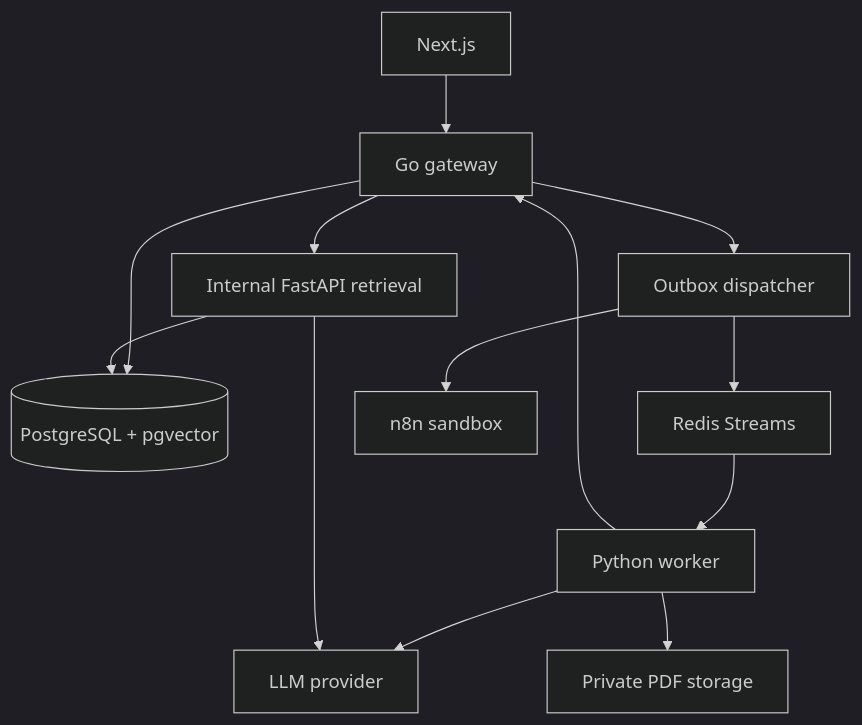
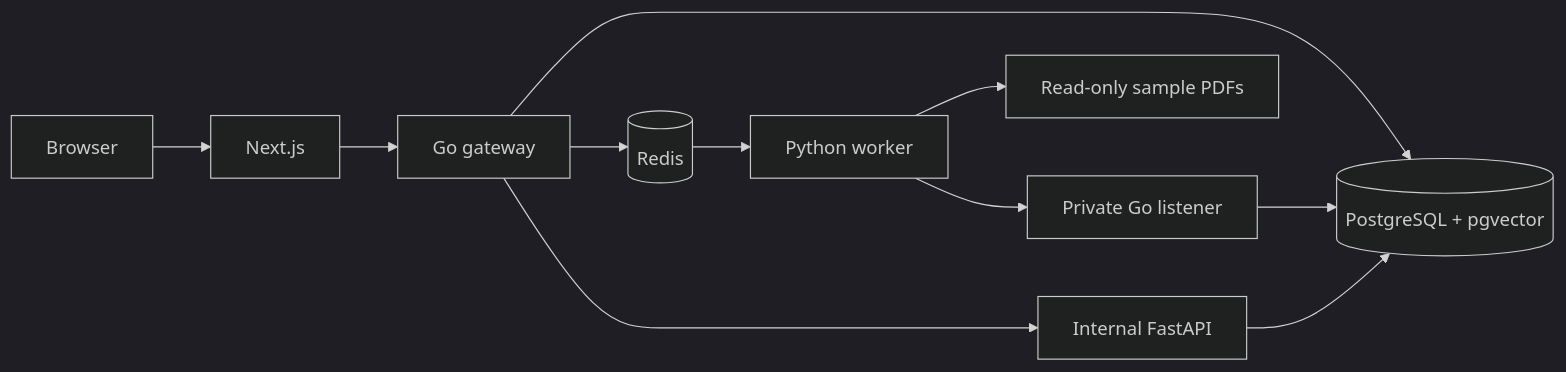
The diagram in ARCHITECTURE.md (AmithPrabha/nexus-ai), drawn with Mermaid (dark theme) before and after one commit. The commit also changed other lines of this file and 114 other files, not shown here.

````diff
--- a/ARCHITECTURE.md
+++ b/ARCHITECTURE.md
@@ -10,15 +5,13 @@
 ```mermaid
-flowchart TD
- UI[Next.js] --> G[Go gateway]
- G --> DB[(PostgreSQL + pgvector)]
- G --> O[Outbox dispatcher]
- O --> R[Redis Streams]
- R --> W[Python worker]
- W --> L[LLM provider]
- W --> F[Private PDF storage]
- W --> G
- G --> A[Internal FastAPI retrieval]
- A --> DB
- A --> L
- O --> N[n8n sandbox]
+flowchart LR
+  B[Browser] --> UI[Next.js]
+  UI --> G[Go gateway]
+  G --> P[(PostgreSQL + pgvector)]
+  G --> R[(Redis)]
+  R --> W[Python worker]
+  W --> F[Read-only sample PDFs]
+  W --> I[Private Go listener]
+  I --> P
+  G --> A[Internal FastAPI]
+  A --> P
 ```
````
